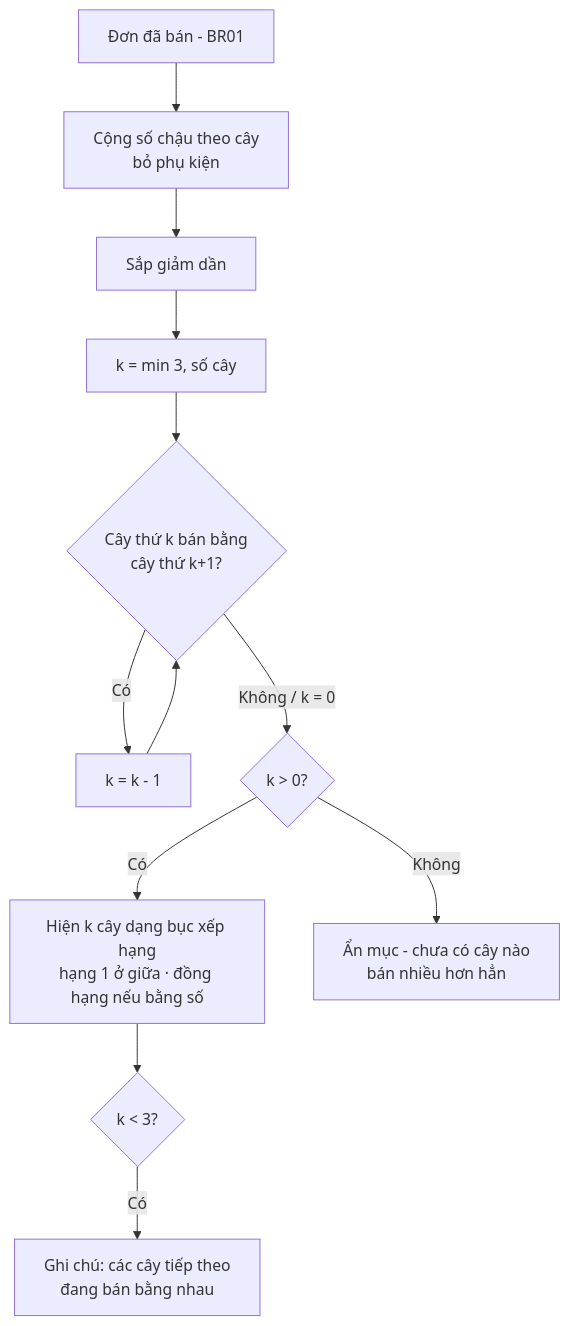
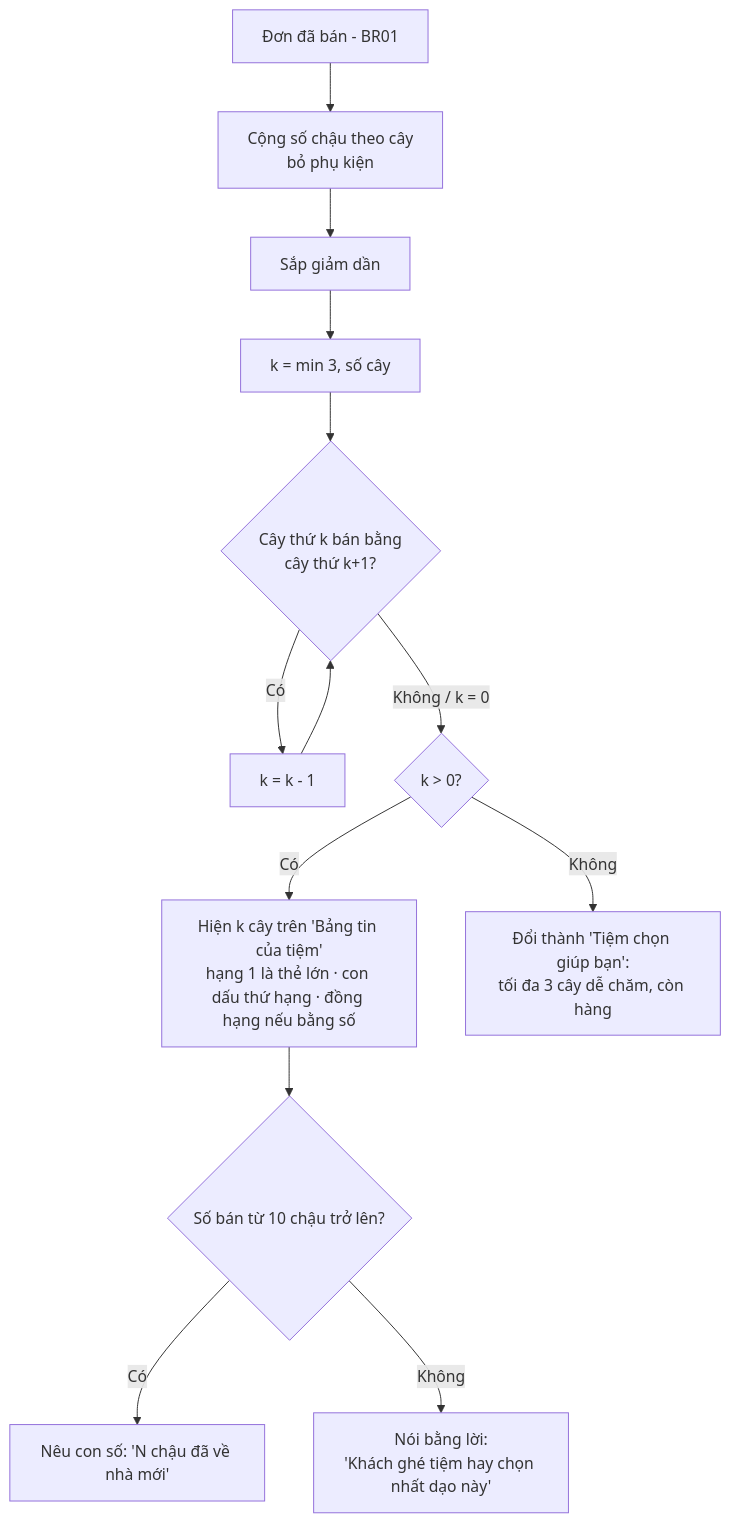
Before and after one commit to phantahuuduc/sell-tree: diagram 27 of 27 in CHUC-NANG.md, drawn with Mermaid. The commit also changed other lines of this file and 12 other files, not shown here.

````diff
--- a/CHUC-NANG.md
+++ b/CHUC-NANG.md
@@ -394,13 +394,14 @@
 ```mermaid
 flowchart TD
   A[Đơn đã bán - BR01] --> B[Cộng số chậu theo cây<br/>bỏ phụ kiện]
   B --> C[Sắp giảm dần]
   C --> D[k = min 3, số cây]
   D --> E{Cây thứ k bán bằng<br/>cây thứ k+1?}
   E -->|Có| F[k = k - 1] --> E
   E -->|Không / k = 0| G{k > 0?}
-  G -->|Có| H[Hiện k cây dạng bục xếp hạng<br/>hạng 1 ở giữa · đồng hạng nếu bằng số]
-  G -->|Không| I[Ẩn mục - chưa có cây nào<br/>bán nhiều hơn hẳn]
-  H --> J{k < 3?}
-  J -->|Có| K[Ghi chú: các cây tiếp theo<br/>đang bán bằng nhau]
+  G -->|Có| H[Hiện k cây trên 'Bảng tin của tiệm'<br/>hạng 1 là thẻ lớn · con dấu thứ hạng · đồng hạng nếu bằng số]
+  G -->|Không| I[Đổi thành 'Tiệm chọn giúp bạn':<br/>tối đa 3 cây dễ chăm, còn hàng]
+  H --> J{Số bán từ 10 chậu trở lên?}
+  J -->|Có| K[Nêu con số: 'N chậu đã về nhà mới']
+  J -->|Không| M[Nói bằng lời:<br/>'Khách ghé tiệm hay chọn nhất dạo này']
 ```
````
